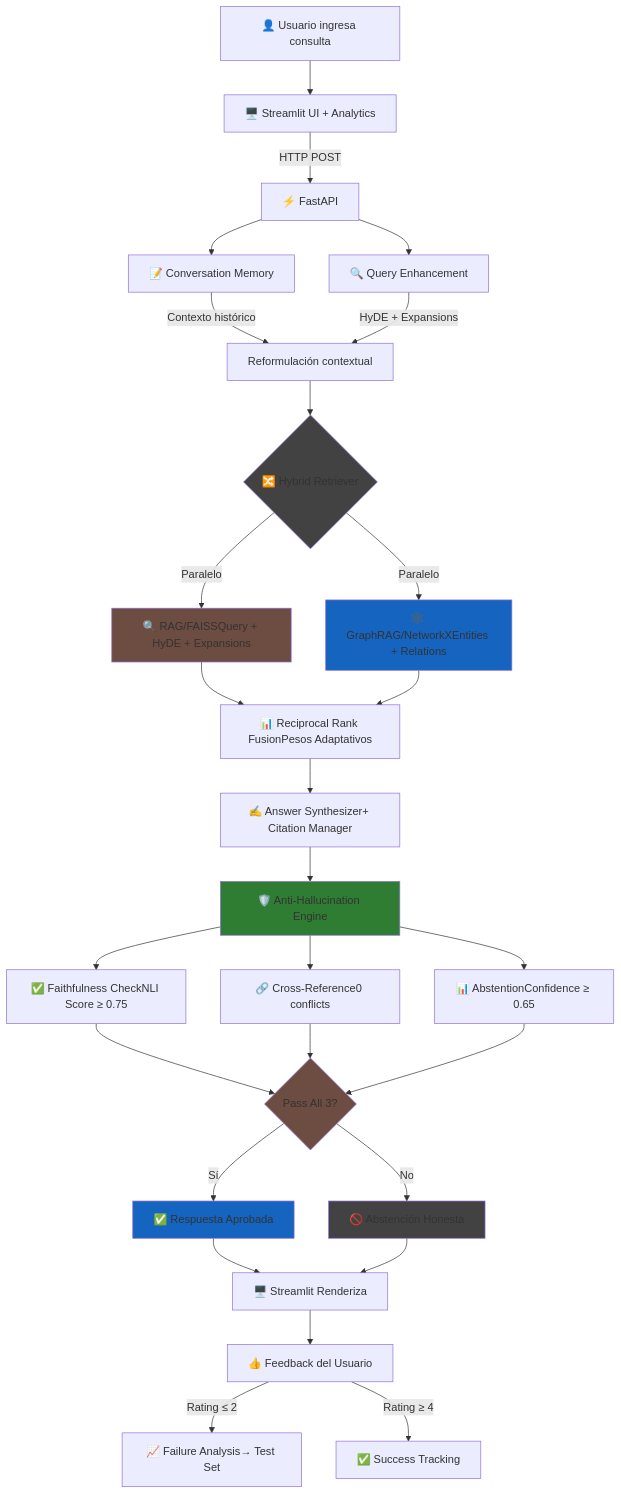
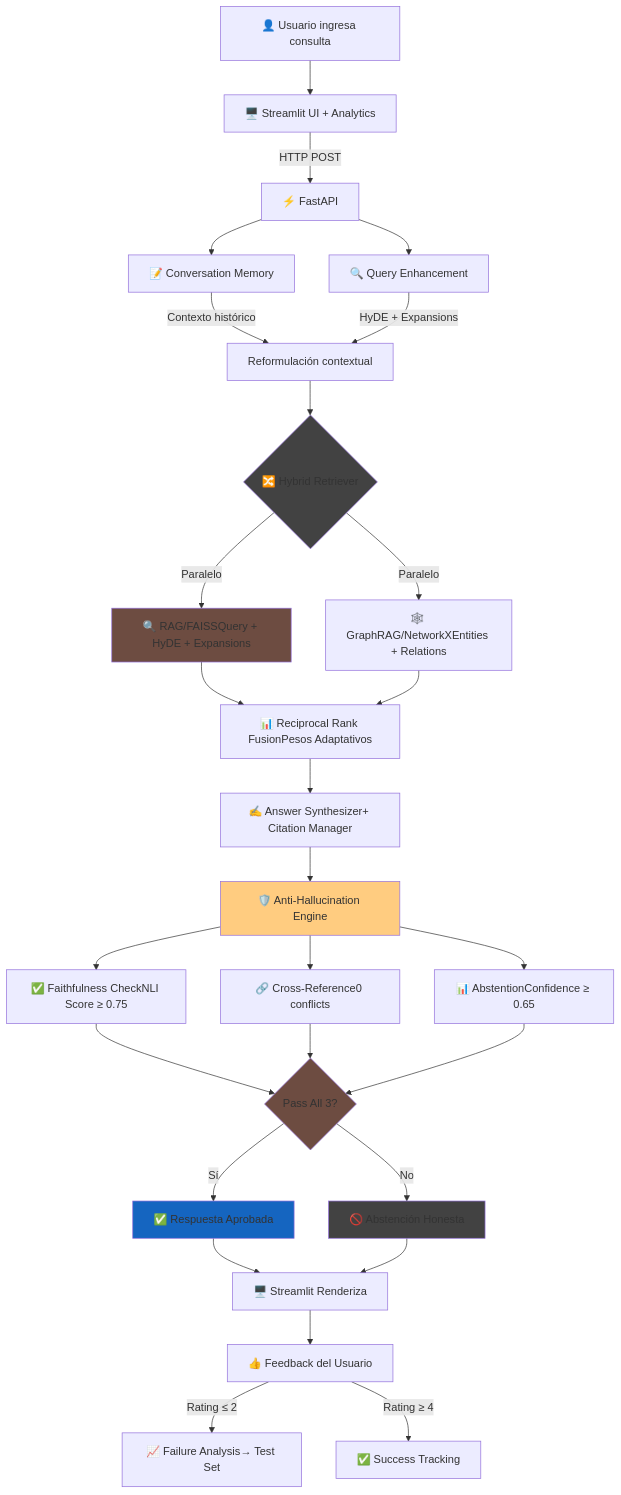
Before and after one commit to j5675293/Chatbot-Administrativo-LSE--FIUBA: the first of 2 diagrams in README.md, drawn with Mermaid. The commit also changed other lines of this file, not shown here.

````diff
--- a/README.md
+++ b/README.md
@@ -66,49 +66,49 @@
 ```mermaid
 graph TD
     A[👤 Usuario ingresa consulta] --> B[🖥️ Streamlit UI + Analytics]
     B -->|HTTP POST| C[⚡ FastAPI]
     
     C --> D1[📝 Conversation Memory]
     C --> D2[🔍 Query Enhancement]
     
     D1 -->|Contexto histórico| E[Reformulación contextual]
     D2 -->|HyDE + Expansions| E
     
     E --> F{🔀 Hybrid Retriever}
     
     F -->|Paralelo| G1[🔍 RAG/FAISSQuery + HyDE + Expansions]
     F -->|Paralelo| G2[🕸️ GraphRAG/NetworkXEntities + Relations]
     
     G1 --> H[📊 Reciprocal Rank FusionPesos Adaptativos]
     G2 --> H
     
     H --> I[✍️ Answer Synthesizer+ Citation Manager]
     
     I --> J[🛡️ Anti-Hallucination Engine]
     
     J --> K1[✅ Faithfulness CheckNLI Score ≥ 0.75]
     J --> K2[🔗 Cross-Reference0 conflicts]
     J --> K3[📊 AbstentionConfidence ≥ 0.65]
     
     K1 --> L{Pass All 3?}
     K2 --> L
     K3 --> L
     
     L -->|Sí| M[✅ Respuesta Aprobada]
     L -->|No| N[🚫 Abstención Honesta]
     
     M --> O[🖥️ Streamlit Renderiza]
     N --> O
     
     O --> P[👍 Feedback del Usuario]
     P -->|Rating ≤ 2| Q[📈 Failure Analysis→ Test Set]
     P -->|Rating ≥ 4| R[✅ Success Tracking]
     
     style F fill:#424242
     style G1 fill:#6D4C41
-    style G2 fill:#1565C0
-    style J fill:#2E7D32
+    style G2 fill:#FFEOB2
+    style J fill:#FFCC80
     style L fill:#6D4C41
     style M fill:#1565C0
     style N fill:#424242
 ```
````
